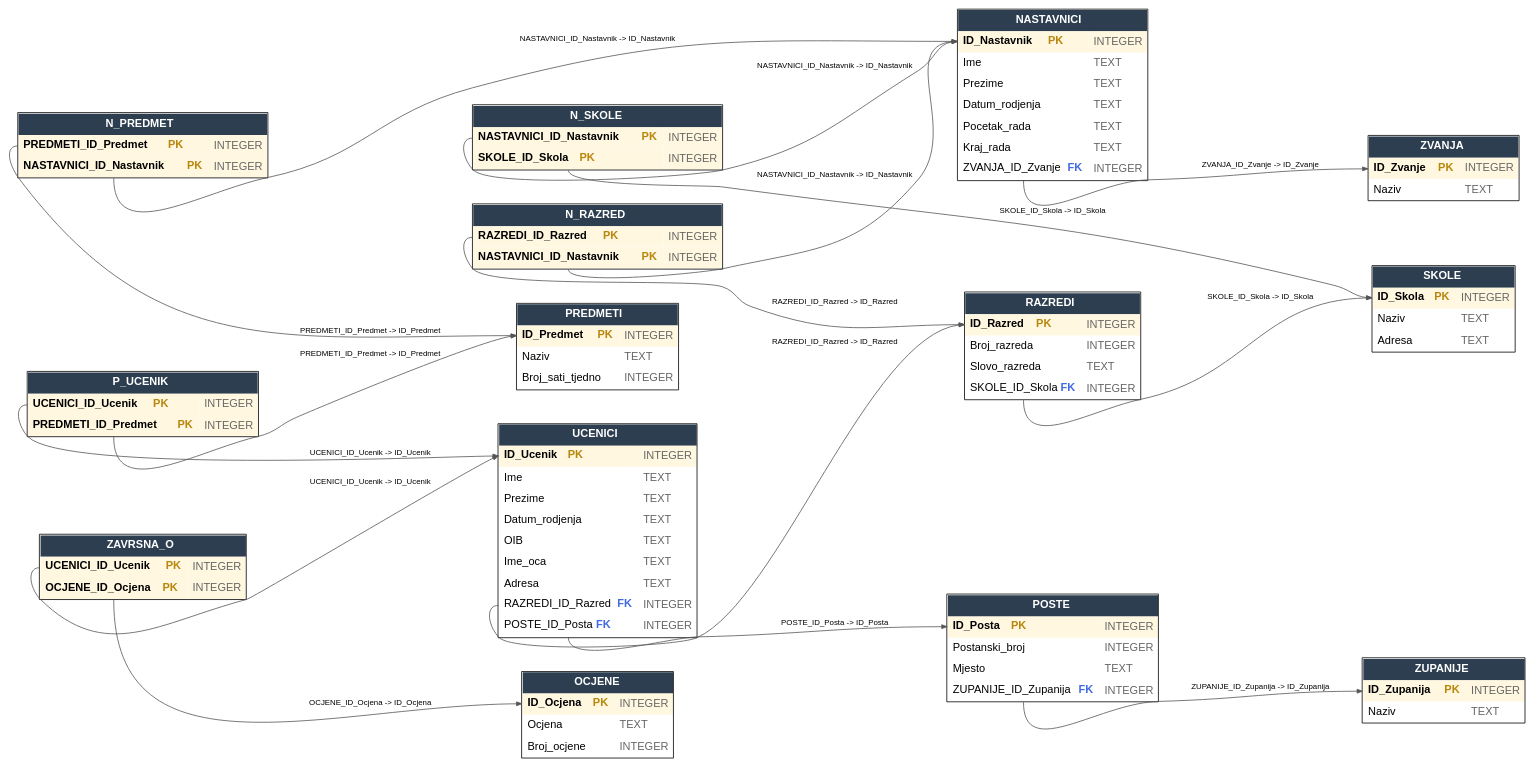
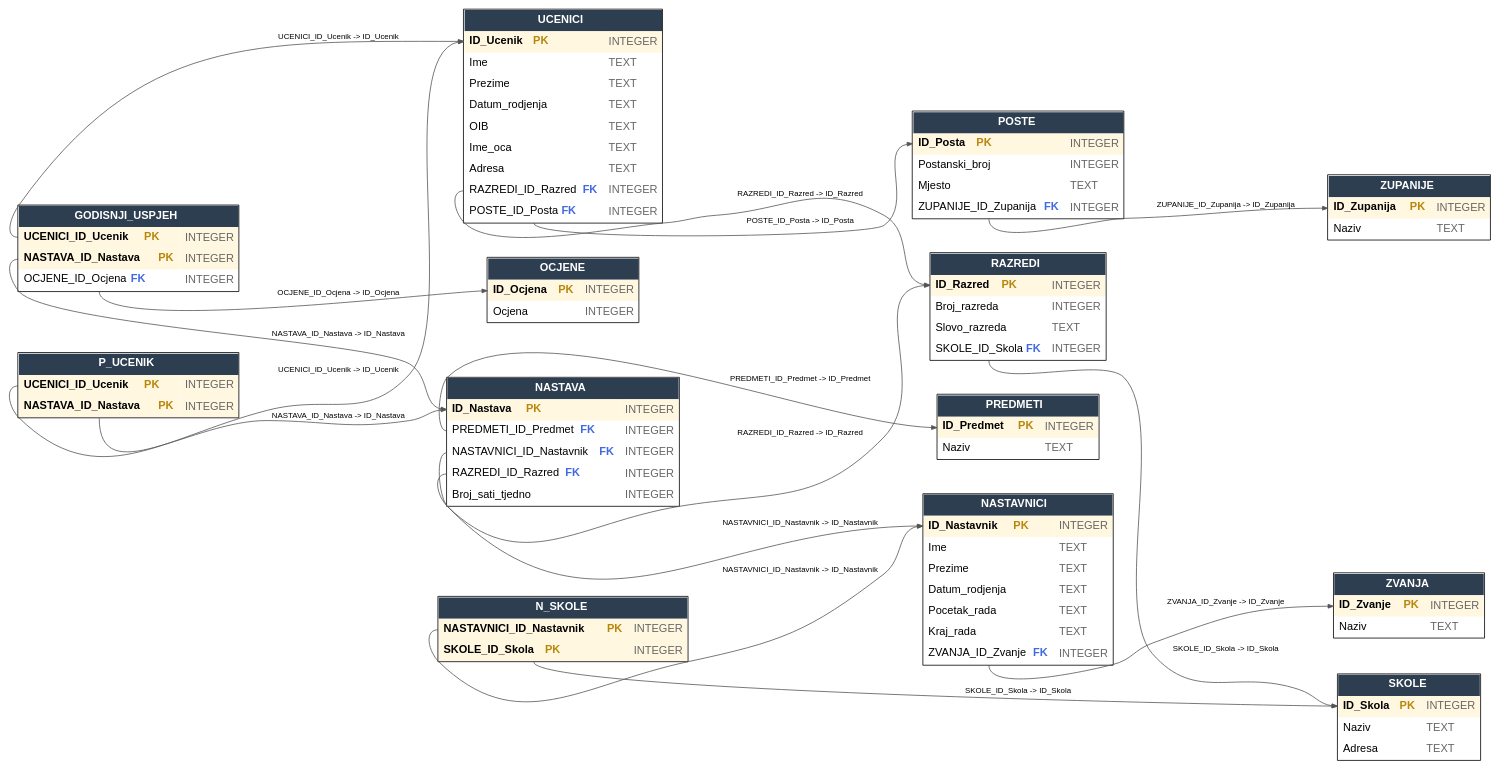
Before and after one commit to elakevic88/zavrsni-baza-skola: the diagram in databases/shema_visualisation/02_schema_normalized_shema.dot, drawn with Graphviz. The commit also changed 82 other files, not shown here.

```diff
--- a/databases/shema_visualisation/02_schema_normalized_shema.dot
+++ b/databases/shema_visualisation/02_schema_normalized_shema.dot
@@ -3,6 +3,22 @@
 graph [fontname="Helvetica", bgcolor="white", nodesep=0.6, ranksep=1.0];
 node [shape=plain, fontname="Helvetica"];
 edge [fontname="Helvetica", fontsize=10, color="#555555", arrowsize=0.7];
+
+"GODISNJI_USPJEH" [label=<
+        <table border="1" cellborder="0" cellspacing="0" cellpadding="6" bgcolor="white">
+        <tr><td colspan="2" bgcolor="#2c3e50"><font color="white"><b>GODISNJI_USPJEH</b></font></td></tr>
+        <tr><td align="left" port="UCENICI_ID_Ucenik" bgcolor="#fff7e0"><b>UCENICI_ID_Ucenik</b> <font color="#b8860b"><b>PK</b></font></td><td align="left" bgcolor="#fff7e0"><font color="#666666">INTEGER</font></td></tr>
+<tr><td align="left" port="NASTAVA_ID_Nastava" bgcolor="#fff7e0"><b>NASTAVA_ID_Nastava</b> <font color="#b8860b"><b>PK</b></font></td><td align="left" bgcolor="#fff7e0"><font color="#666666">INTEGER</font></td></tr>
+<tr><td align="left" port="OCJENE_ID_Ocjena">OCJENE_ID_Ocjena <font color="#4169e1"><b>FK</b></font></td><td align="left"><font color="#666666">INTEGER</font></td></tr></table>>];
+
+"NASTAVA" [label=<
+        <table border="1" cellborder="0" cellspacing="0" cellpadding="6" bgcolor="white">
+        <tr><td colspan="2" bgcolor="#2c3e50"><font color="white"><b>NASTAVA</b></font></td></tr>
+        <tr><td align="left" port="ID_Nastava" bgcolor="#fff7e0"><b>ID_Nastava</b> <font color="#b8860b"><b>PK</b></font></td><td align="left" bgcolor="#fff7e0"><font color="#666666">INTEGER</font></td></tr>
+<tr><td align="left" port="PREDMETI_ID_Predmet">PREDMETI_ID_Predmet <font color="#4169e1"><b>FK</b></font></td><td align="left"><font color="#666666">INTEGER</font></td></tr>
+<tr><td align="left" port="NASTAVNICI_ID_Nastavnik">NASTAVNICI_ID_Nastavnik <font color="#4169e1"><b>FK</b></font></td><td align="left"><font color="#666666">INTEGER</font></td></tr>
+<tr><td align="left" port="RAZREDI_ID_Razred">RAZREDI_ID_Razred <font color="#4169e1"><b>FK</b></font></td><td align="left"><font color="#666666">INTEGER</font></td></tr>
+<tr><td align="left" port="Broj_sati_tjedno">Broj_sati_tjedno</td><td align="left"><font color="#666666">INTEGER</font></td></tr></table>>];
 
 "NASTAVNICI" [label=<
         <table border="1" cellborder="0" cellspacing="0" cellpadding="6" bgcolor="white">
@@ -15,18 +31,6 @@
 <tr><td align="left" port="Kraj_rada">Kraj_rada</td><td align="left"><font color="#666666">TEXT</font></td></tr>
 <tr><td align="left" port="ZVANJA_ID_Zvanje">ZVANJA_ID_Zvanje <font color="#4169e1"><b>FK</b></font></td><td align="left"><font color="#666666">INTEGER</font></td></tr></table>>];
 
-"N_PREDMET" [label=<
-        <table border="1" cellborder="0" cellspacing="0" cellpadding="6" bgcolor="white">
-        <tr><td colspan="2" bgcolor="#2c3e50"><font color="white"><b>N_PREDMET</b></font></td></tr>
-        <tr><td align="left" port="PREDMETI_ID_Predmet" bgcolor="#fff7e0"><b>PREDMETI_ID_Predmet</b> <font color="#b8860b"><b>PK</b></font></td><td align="left" bgcolor="#fff7e0"><font color="#666666">INTEGER</font></td></tr>
-<tr><td align="left" port="NASTAVNICI_ID_Nastavnik" bgcolor="#fff7e0"><b>NASTAVNICI_ID_Nastavnik</b> <font color="#b8860b"><b>PK</b></font></td><td align="left" bgcolor="#fff7e0"><font color="#666666">INTEGER</font></td></tr></table>>];
-
-"N_RAZRED" [label=<
-        <table border="1" cellborder="0" cellspacing="0" cellpadding="6" bgcolor="white">
-        <tr><td colspan="2" bgcolor="#2c3e50"><font color="white"><b>N_RAZRED</b></font></td></tr>
-        <tr><td align="left" port="RAZREDI_ID_Razred" bgcolor="#fff7e0"><b>RAZREDI_ID_Razred</b> <font color="#b8860b"><b>PK</b></font></td><td align="left" bgcolor="#fff7e0"><font color="#666666">INTEGER</font></td></tr>
-<tr><td align="left" port="NASTAVNICI_ID_Nastavnik" bgcolor="#fff7e0"><b>NASTAVNICI_ID_Nastavnik</b> <font color="#b8860b"><b>PK</b></font></td><td align="left" bgcolor="#fff7e0"><font color="#666666">INTEGER</font></td></tr></table>>];
-
 "N_SKOLE" [label=<
         <table border="1" cellborder="0" cellspacing="0" cellpadding="6" bgcolor="white">
         <tr><td colspan="2" bgcolor="#2c3e50"><font color="white"><b>N_SKOLE</b></font></td></tr>
@@ -37,8 +41,7 @@
         <table border="1" cellborder="0" cellspacing="0" cellpadding="6" bgcolor="white">
         <tr><td colspan="2" bgcolor="#2c3e50"><font color="white"><b>OCJENE</b></font></td></tr>
         <tr><td align="left" port="ID_Ocjena" bgcolor="#fff7e0"><b>ID_Ocjena</b> <font color="#b8860b"><b>PK</b></font></td><td align="left" bgcolor="#fff7e0"><font color="#666666">INTEGER</font></td></tr>
-<tr><td align="left" port="Ocjena">Ocjena</td><td align="left"><font color="#666666">TEXT</font></td></tr>
-<tr><td align="left" port="Broj_ocjene">Broj_ocjene</td><td align="left"><font color="#666666">INTEGER</font></td></tr></table>>];
+<tr><td align="left" port="Ocjena">Ocjena</td><td align="left"><font color="#666666">INTEGER</font></td></tr></table>>];
 
 "POSTE" [label=<
         <table border="1" cellborder="0" cellspacing="0" cellpadding="6" bgcolor="white">
@@ -52,14 +55,13 @@
         <table border="1" cellborder="0" cellspacing="0" cellpadding="6" bgcolor="white">
         <tr><td colspan="2" bgcolor="#2c3e50"><font color="white"><b>PREDMETI</b></font></td></tr>
         <tr><td align="left" port="ID_Predmet" bgcolor="#fff7e0"><b>ID_Predmet</b> <font color="#b8860b"><b>PK</b></font></td><td align="left" bgcolor="#fff7e0"><font color="#666666">INTEGER</font></td></tr>
-<tr><td align="left" port="Naziv">Naziv</td><td align="left"><font color="#666666">TEXT</font></td></tr>
-<tr><td align="left" port="Broj_sati_tjedno">Broj_sati_tjedno</td><td align="left"><font color="#666666">INTEGER</font></td></tr></table>>];
+<tr><td align="left" port="Naziv">Naziv</td><td align="left"><font color="#666666">TEXT</font></td></tr></table>>];
 
 "P_UCENIK" [label=<
         <table border="1" cellborder="0" cellspacing="0" cellpadding="6" bgcolor="white">
         <tr><td colspan="2" bgcolor="#2c3e50"><font color="white"><b>P_UCENIK</b></font></td></tr>
         <tr><td align="left" port="UCENICI_ID_Ucenik" bgcolor="#fff7e0"><b>UCENICI_ID_Ucenik</b> <font color="#b8860b"><b>PK</b></font></td><td align="left" bgcolor="#fff7e0"><font color="#666666">INTEGER</font></td></tr>
-<tr><td align="left" port="PREDMETI_ID_Predmet" bgcolor="#fff7e0"><b>PREDMETI_ID_Predmet</b> <font color="#b8860b"><b>PK</b></font></td><td align="left" bgcolor="#fff7e0"><font color="#666666">INTEGER</font></td></tr></table>>];
+<tr><td align="left" port="NASTAVA_ID_Nastava" bgcolor="#fff7e0"><b>NASTAVA_ID_Nastava</b> <font color="#b8860b"><b>PK</b></font></td><td align="left" bgcolor="#fff7e0"><font color="#666666">INTEGER</font></td></tr></table>>];
 
 "RAZREDI" [label=<
         <table border="1" cellborder="0" cellspacing="0" cellpadding="6" bgcolor="white">
@@ -89,12 +91,6 @@
 <tr><td align="left" port="RAZREDI_ID_Razred">RAZREDI_ID_Razred <font color="#4169e1"><b>FK</b></font></td><td align="left"><font color="#666666">INTEGER</font></td></tr>
 <tr><td align="left" port="POSTE_ID_Posta">POSTE_ID_Posta <font color="#4169e1"><b>FK</b></font></td><td align="left"><font color="#666666">INTEGER</font></td></tr></table>>];
 
-"ZAVRSNA_O" [label=<
-        <table border="1" cellborder="0" cellspacing="0" cellpadding="6" bgcolor="white">
-        <tr><td colspan="2" bgcolor="#2c3e50"><font color="white"><b>ZAVRSNA_O</b></font></td></tr>
-        <tr><td align="left" port="UCENICI_ID_Ucenik" bgcolor="#fff7e0"><b>UCENICI_ID_Ucenik</b> <font color="#b8860b"><b>PK</b></font></td><td align="left" bgcolor="#fff7e0"><font color="#666666">INTEGER</font></td></tr>
-<tr><td align="left" port="OCJENE_ID_Ocjena" bgcolor="#fff7e0"><b>OCJENE_ID_Ocjena</b> <font color="#b8860b"><b>PK</b></font></td><td align="left" bgcolor="#fff7e0"><font color="#666666">INTEGER</font></td></tr></table>>];
-
 "ZUPANIJE" [label=<
         <table border="1" cellborder="0" cellspacing="0" cellpadding="6" bgcolor="white">
         <tr><td colspan="2" bgcolor="#2c3e50"><font color="white"><b>ZUPANIJE</b></font></td></tr>
@@ -107,19 +103,19 @@
         <tr><td align="left" port="ID_Zvanje" bgcolor="#fff7e0"><b>ID_Zvanje</b> <font color="#b8860b"><b>PK</b></font></td><td align="left" bgcolor="#fff7e0"><font color="#666666">INTEGER</font></td></tr>
 <tr><td align="left" port="Naziv">Naziv</td><td align="left"><font color="#666666">TEXT</font></td></tr></table>>];
 
+"GODISNJI_USPJEH":"OCJENE_ID_Ocjena" -> "OCJENE":"ID_Ocjena" [label="OCJENE_ID_Ocjena -> ID_Ocjena"];
+"GODISNJI_USPJEH":"NASTAVA_ID_Nastava" -> "NASTAVA":"ID_Nastava" [label="NASTAVA_ID_Nastava -> ID_Nastava"];
+"GODISNJI_USPJEH":"UCENICI_ID_Ucenik" -> "UCENICI":"ID_Ucenik" [label="UCENICI_ID_Ucenik -> ID_Ucenik"];
+"NASTAVA":"RAZREDI_ID_Razred" -> "RAZREDI":"ID_Razred" [label="RAZREDI_ID_Razred -> ID_Razred"];
+"NASTAVA":"NASTAVNICI_ID_Nastavnik" -> "NASTAVNICI":"ID_Nastavnik" [label="NASTAVNICI_ID_Nastavnik -> ID_Nastavnik"];
+"NASTAVA":"PREDMETI_ID_Predmet" -> "PREDMETI":"ID_Predmet" [label="PREDMETI_ID_Predmet -> ID_Predmet"];
 "NASTAVNICI":"ZVANJA_ID_Zvanje" -> "ZVANJA":"ID_Zvanje" [label="ZVANJA_ID_Zvanje -> ID_Zvanje"];
-"N_PREDMET":"NASTAVNICI_ID_Nastavnik" -> "NASTAVNICI":"ID_Nastavnik" [label="NASTAVNICI_ID_Nastavnik -> ID_Nastavnik"];
-"N_PREDMET":"PREDMETI_ID_Predmet" -> "PREDMETI":"ID_Predmet" [label="PREDMETI_ID_Predmet -> ID_Predmet"];
-"N_RAZRED":"NASTAVNICI_ID_Nastavnik" -> "NASTAVNICI":"ID_Nastavnik" [label="NASTAVNICI_ID_Nastavnik -> ID_Nastavnik"];
-"N_RAZRED":"RAZREDI_ID_Razred" -> "RAZREDI":"ID_Razred" [label="RAZREDI_ID_Razred -> ID_Razred"];
 "N_SKOLE":"SKOLE_ID_Skola" -> "SKOLE":"ID_Skola" [label="SKOLE_ID_Skola -> ID_Skola"];
 "N_SKOLE":"NASTAVNICI_ID_Nastavnik" -> "NASTAVNICI":"ID_Nastavnik" [label="NASTAVNICI_ID_Nastavnik -> ID_Nastavnik"];
 "POSTE":"ZUPANIJE_ID_Zupanija" -> "ZUPANIJE":"ID_Zupanija" [label="ZUPANIJE_ID_Zupanija -> ID_Zupanija"];
-"P_UCENIK":"PREDMETI_ID_Predmet" -> "PREDMETI":"ID_Predmet" [label="PREDMETI_ID_Predmet -> ID_Predmet"];
+"P_UCENIK":"NASTAVA_ID_Nastava" -> "NASTAVA":"ID_Nastava" [label="NASTAVA_ID_Nastava -> ID_Nastava"];
 "P_UCENIK":"UCENICI_ID_Ucenik" -> "UCENICI":"ID_Ucenik" [label="UCENICI_ID_Ucenik -> ID_Ucenik"];
 "RAZREDI":"SKOLE_ID_Skola" -> "SKOLE":"ID_Skola" [label="SKOLE_ID_Skola -> ID_Skola"];
 "UCENICI":"POSTE_ID_Posta" -> "POSTE":"ID_Posta" [label="POSTE_ID_Posta -> ID_Posta"];
 "UCENICI":"RAZREDI_ID_Razred" -> "RAZREDI":"ID_Razred" [label="RAZREDI_ID_Razred -> ID_Razred"];
-"ZAVRSNA_O":"OCJENE_ID_Ocjena" -> "OCJENE":"ID_Ocjena" [label="OCJENE_ID_Ocjena -> ID_Ocjena"];
-"ZAVRSNA_O":"UCENICI_ID_Ucenik" -> "UCENICI":"ID_Ucenik" [label="UCENICI_ID_Ucenik -> ID_Ucenik"];
 }
```
